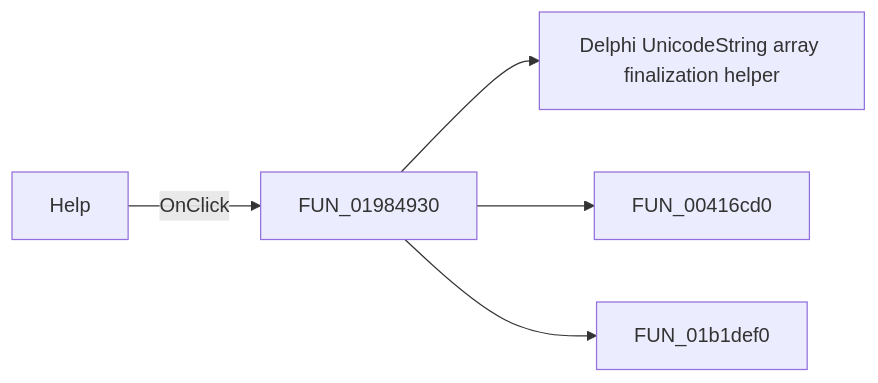
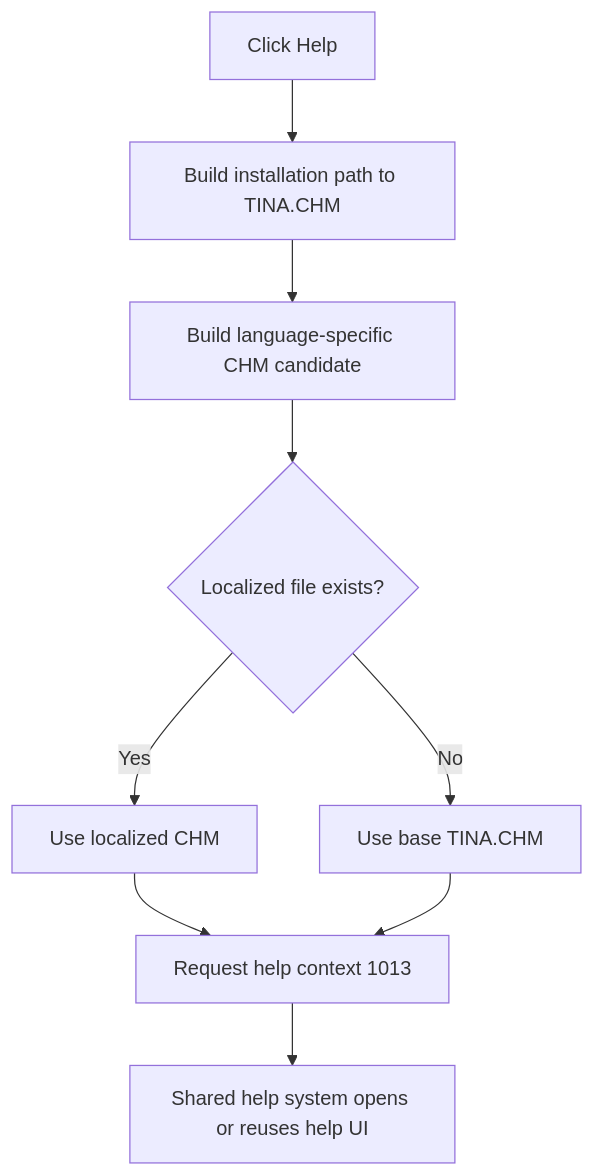
Before and after one commit to MovGP0/TIARA: the diagram in docs/ui-controls/lom/btnhelp-a615257189.md, drawn with Mermaid. The commit also changed other lines of this file and 1062 other files, not shown here.

````diff
--- a/docs/ui-controls/lom/btnhelp-a615257189.md
+++ b/docs/ui-controls/lom/btnhelp-a615257189.md
@@ -27,7 +58,11 @@
 ```mermaid
-flowchart LR
-    control["Help"] -->|OnClick| handler["FUN_01984930"]
-    handler --> call1["Delphi UnicodeString array finalization helper"]
-    handler --> call2["FUN_00416cd0"]
-    handler --> call3["FUN_01b1def0"]
+flowchart TD
+    control["Click Help"] --> path["Build installation path to TINA.CHM"]
+    path --> candidate["Build language-specific CHM candidate"]
+    candidate --> exists{"Localized file exists?"}
+    exists -->|Yes| localized["Use localized CHM"]
+    exists -->|No| base["Use base TINA.CHM"]
+    localized --> dispatch["Request help context 1013"]
+    base --> dispatch
+    dispatch --> viewer["Shared help system opens or reuses help UI"]
 ```
````
